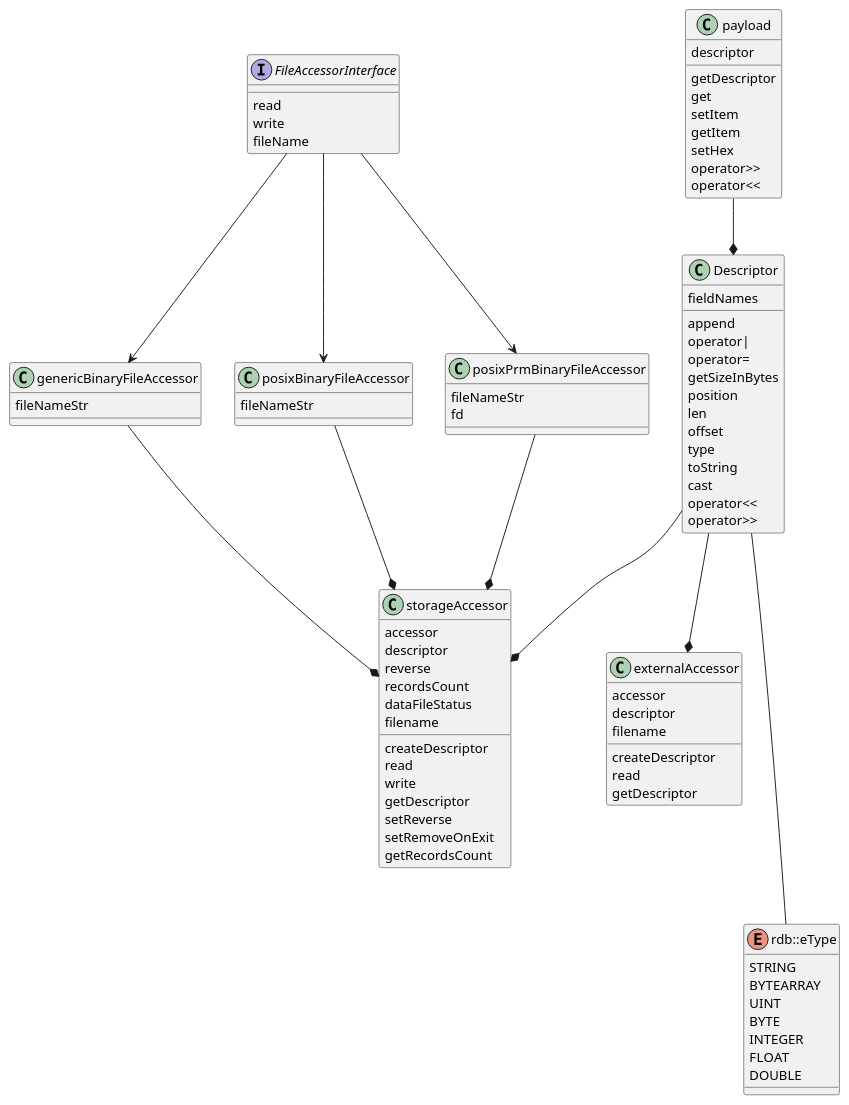
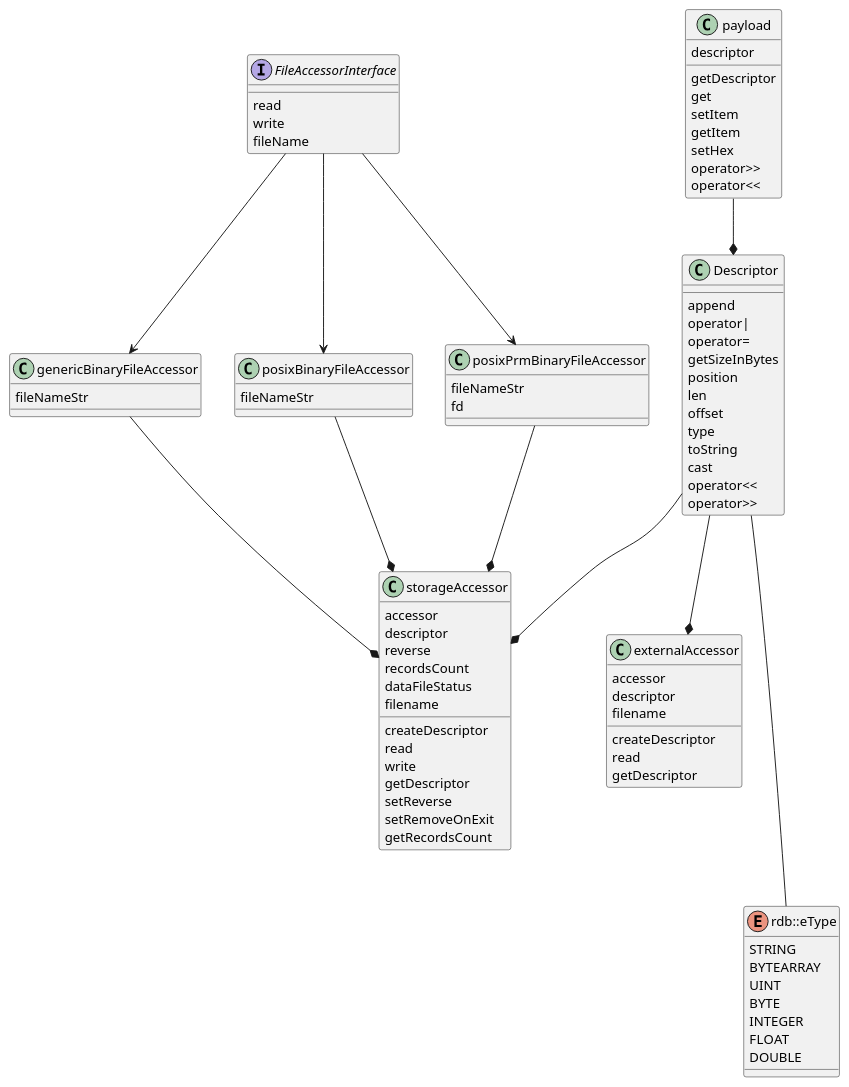
One commit to michalwidera/retractordb changed the diagram in src/include/rdb/UML/rdb.puml. Above: the diagram before and after it, drawn with PlantUML. The commit also changed 3 other files, not shown here.

```diff
--- a/src/include/rdb/UML/rdb.puml
+++ b/src/include/rdb/UML/rdb.puml
@@ -1,105 +1,103 @@
 @startuml
 
 class Descriptor {
-    {field} fieldNames
-
     {method} append
     {method} operator|
     {method} operator=
     {method} getSizeInBytes
     {method} position
     {method} len
     {method} offset
     {method} type
     {method} toString
     {method} cast
     {method} operator<<
     {method} operator>>
 }
 
 class genericBinaryFileAccessor {
     {field} fileNameStr
 }
 
 
 class posixBinaryFileAccessor {
     {field} fileNameStr
 }
 
 class posixPrmBinaryFileAccessor {
     {field} fileNameStr
     {field} fd
 }
 
 
 interface FileAccessorInterface {
     {method} read
     {method} write
     {method} fileName
 }
 
 class payload {
     {field} descriptor
 
     {method} getDescriptor
     {method} get
     {method} setItem
     {method} getItem
     {method} setHex
     {method} operator>>
     {method} operator<<
 }
 
 class storageAccessor {
     {field} accessor
     {field} descriptor
     {field} reverse
     {field} recordsCount
     {field} dataFileStatus
     {field} filename
 
     {method} createDescriptor
     {method} read
     {method} write
     {method} getDescriptor
     {method} setReverse
     {method} setRemoveOnExit
     {method} getRecordsCount
 }
 
 class externalAccessor {
     {field} accessor
     {field} descriptor
     {field} filename
 
     {method} createDescriptor
     {method} read
     {method} getDescriptor
 }
 
 enum rdb::eType {
     STRING
     BYTEARRAY
     UINT
     BYTE
     INTEGER
     FLOAT
     DOUBLE
 }
 
 FileAccessorInterface --> genericBinaryFileAccessor
 FileAccessorInterface --> posixBinaryFileAccessor
 FileAccessorInterface --> posixPrmBinaryFileAccessor
 
 genericBinaryFileAccessor --* storageAccessor
 posixBinaryFileAccessor --* storageAccessor
 posixPrmBinaryFileAccessor --* storageAccessor
 
 Descriptor --* storageAccessor
 Descriptor --* externalAccessor
 
 Descriptor --- rdb::eType
 
 payload --* Descriptor
 
 @enduml
```
